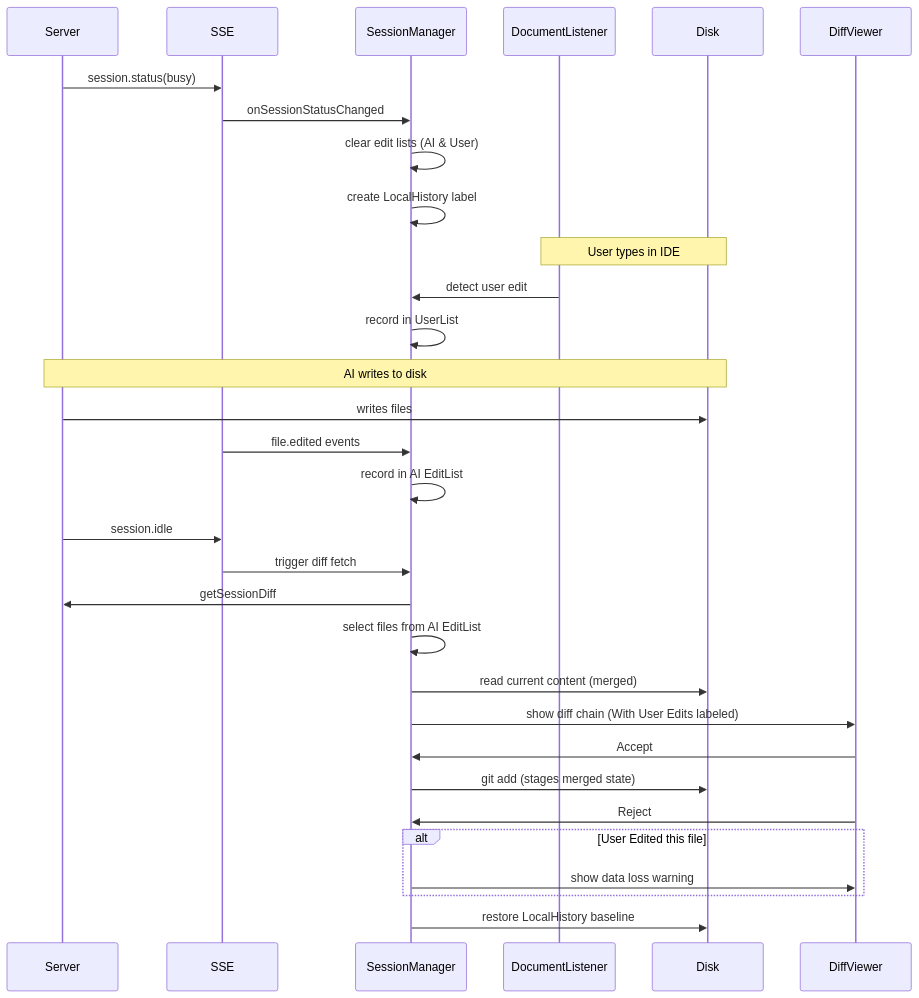
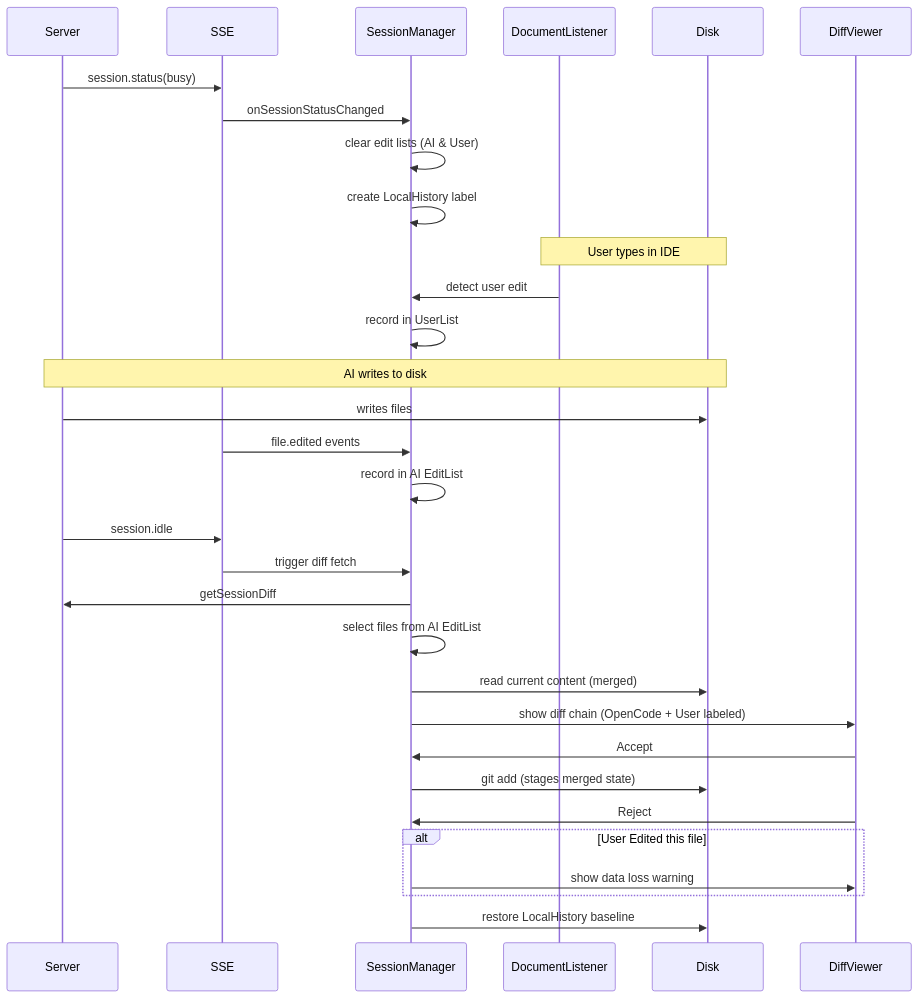
The second of 2 diagrams in designDocs/diff_feature_plan.md (LaiZhou/OpenCode_UI), drawn with Mermaid before and after one commit. The commit also changed other lines of this file and 1 other file, not shown here.

Commit message:
1.0.6 pre-release ,fix diff

````diff
--- a/designDocs/diff_feature_plan.md
+++ b/designDocs/diff_feature_plan.md
@@ -68,39 +68,39 @@
 ```mermaid
 sequenceDiagram
     participant Server
     participant SSE
     participant SM as SessionManager
     participant DL as DocumentListener
     participant Disk
     participant Diff as DiffViewer
 
     Server->>SSE: session.status(busy)
     SSE->>SM: onSessionStatusChanged
     SM->>SM: clear edit lists (AI & User)
     SM->>SM: create LocalHistory label
 
     Note over DL, Disk: User types in IDE
     DL->>SM: detect user edit
     SM->>SM: record in UserList
 
     Note over Server, Disk: AI writes to disk
     Server->>Disk: writes files
     SSE->>SM: file.edited events
     SM->>SM: record in AI EditList
 
     Server->>SSE: session.idle
     SSE->>SM: trigger diff fetch
     SM->>Server: getSessionDiff
     SM->>SM: select files from AI EditList
     SM->>Disk: read current content (merged)
-    SM->>Diff: show diff chain (With User Edits labeled)
+    SM->>Diff: show diff chain (OpenCode + User labeled)
 
     Diff->>SM: Accept
     SM->>Disk: git add (stages merged state)
 
     Diff->>SM: Reject
     alt User Edited this file
         SM->>Diff: show data loss warning
     end
     SM->>Disk: restore LocalHistory baseline
 ```
````
